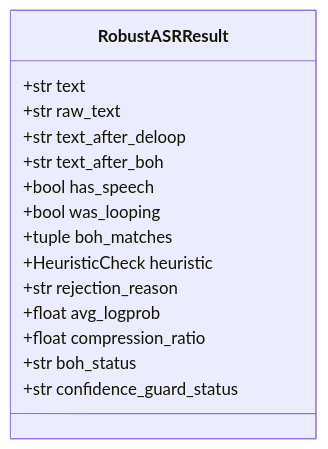
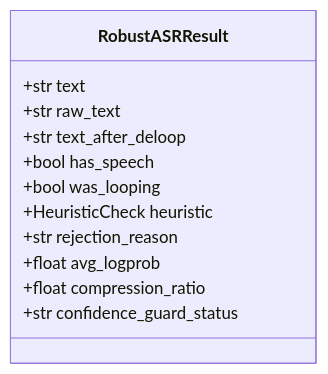
The second of 2 diagrams in docs/04-asr-robustness.md (finalflash159/soca), drawn with Mermaid before and after one commit. The commit also changed other lines of this file and 1 other file, not shown here.

````diff
--- a/docs/04-asr-robustness.md
+++ b/docs/04-asr-robustness.md
@@ -44,18 +42,15 @@
 ```mermaid
 classDiagram
     class RobustASRResult {
         +str text
         +str raw_text
         +str text_after_deloop
-        +str text_after_boh
         +bool has_speech
         +bool was_looping
-        +tuple boh_matches
         +HeuristicCheck heuristic
         +str rejection_reason
         +float avg_logprob
         +float compression_ratio
-        +str boh_status
         +str confidence_guard_status
     }
 ```
````
